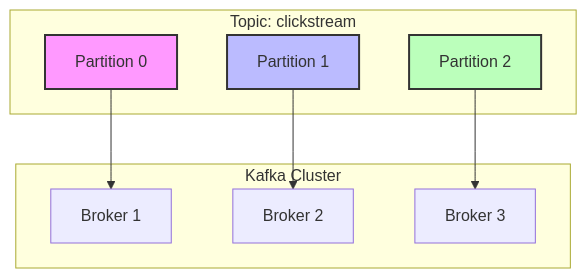
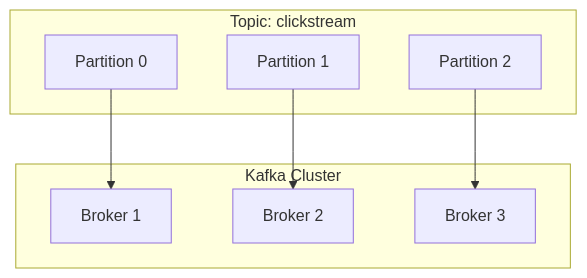
Before and after one commit to kythuatdulieu/kythuatdulieu.github.io: the diagram in src/content/docs/concepts/5-stream-processing-realtime/kafka-topics-partitions.md, drawn with Mermaid. The commit also changed other lines of this file and 213 other files, not shown here.

Commit message:
Fix syntax and rewrite 200+ concepts docs to deep-dive system architecture and add GA4 tracking to quiz app

````diff
--- a/src/content/docs/concepts/5-stream-processing-realtime/kafka-topics-partitions.md
+++ b/src/content/docs/concepts/5-stream-processing-realtime/kafka-topics-partitions.md
@@ -26,22 +26,18 @@
 ```mermaid
 graph TD
     subgraph Kafka Cluster
         B1["Broker 1"]
         B2["Broker 2"]
         B3["Broker 3"]
     end
 
     subgraph Topic: clickstream
         P0["Partition 0"]
         P1["Partition 1"]
         P2["Partition 2"]
     end
 
     P0 --> B1
     P1 --> B2
     P2 --> B3
-
-    style P0 fill:#f9f,stroke:#333,stroke-width:2px
-    style P1 fill:#bbf,stroke:#333,stroke-width:2px
-    style P2 fill:#bfb,stroke:#333,stroke-width:2px
 ```
````
